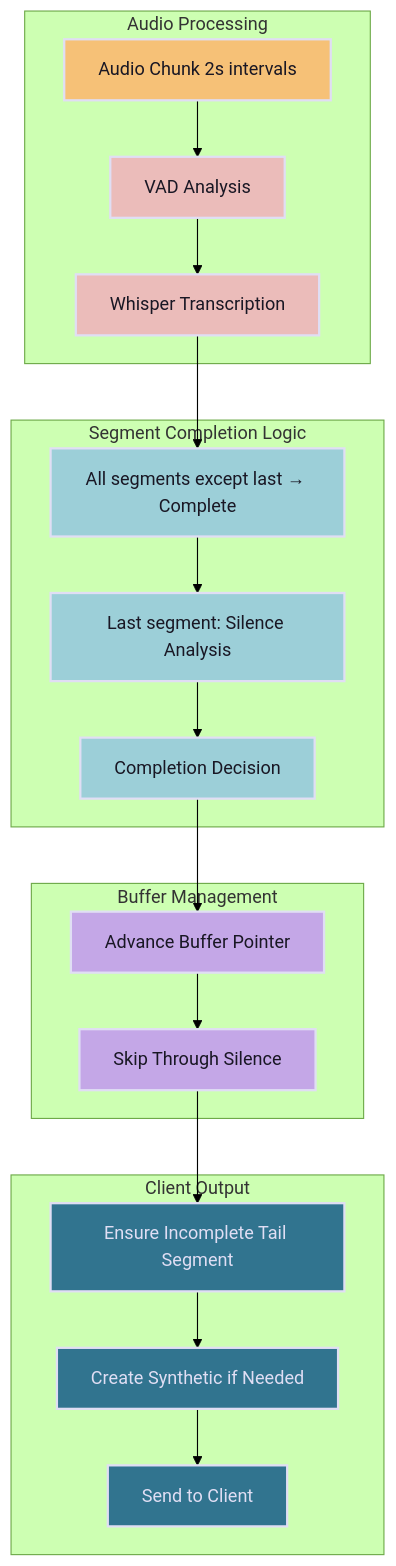
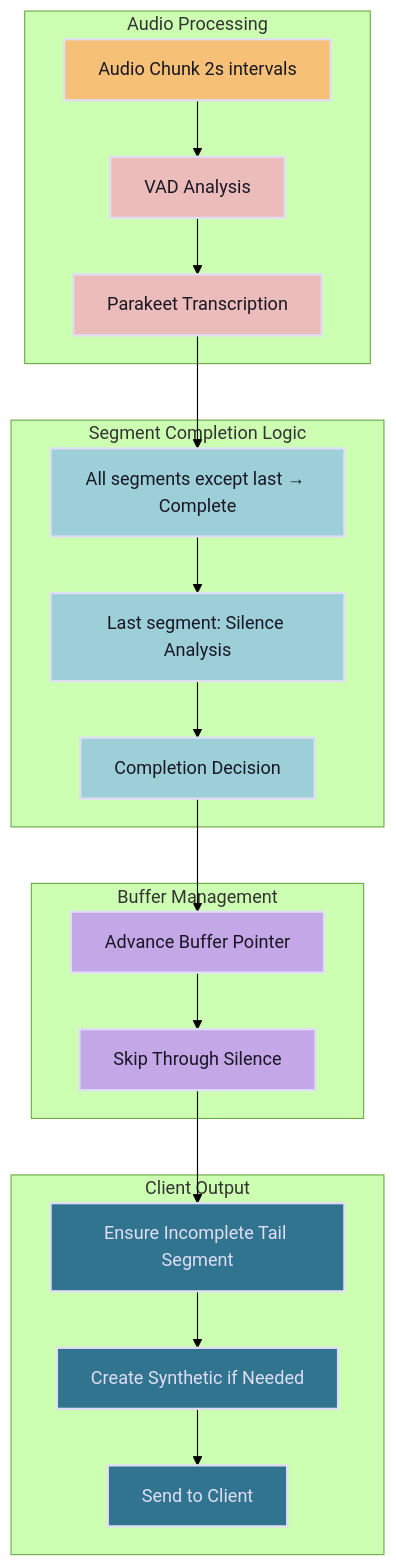
Before and after one commit to shyndman/lmnop-eavesdrop: the seventh of 7 diagrams in ARCHITECTURE.md, drawn with Mermaid (forest theme). The commit also changed other lines of this file and 33 other files, not shown here.

````diff
--- a/ARCHITECTURE.md
+++ b/ARCHITECTURE.md
@@ -316,49 +326,49 @@
 ```mermaid
 graph TD
     subgraph "Audio Processing"
         AudioChunk[Audio Chunk 2s intervals]
         VADAnalysis[VAD Analysis]
-        WhisperTranscribe[Whisper Transcription]
+        ParakeetTranscribe[Parakeet Transcription]
     end
     
     subgraph "Segment Completion Logic"  
         ExplicitRule[All segments except last → Complete]
         SilenceAnalysis[Last segment: Silence Analysis]
         CompletionDecision[Completion Decision]
     end
     
     subgraph "Buffer Management"
         BufferAdvancement[Advance Buffer Pointer]
         SilenceSkipping[Skip Through Silence]
     end
     
     subgraph "Client Output"
         InvariantCheck[Ensure Incomplete Tail Segment]
         SyntheticSegment[Create Synthetic if Needed]
         SendToClient[Send to Client]
     end
     
     AudioChunk --> VADAnalysis
-    VADAnalysis --> WhisperTranscribe
-    WhisperTranscribe --> ExplicitRule
+    VADAnalysis --> ParakeetTranscribe
+    ParakeetTranscribe --> ExplicitRule
     ExplicitRule --> SilenceAnalysis
     SilenceAnalysis --> CompletionDecision
     CompletionDecision --> BufferAdvancement
     BufferAdvancement --> SilenceSkipping
     SilenceSkipping --> InvariantCheck
     InvariantCheck --> SyntheticSegment
     SyntheticSegment --> SendToClient
     
     %% Rose Pine color scheme
     style AudioChunk fill:#f6c177,stroke:#e0def4,stroke-width:2px,color:#191724
     style VADAnalysis fill:#ebbcba,stroke:#e0def4,stroke-width:2px,color:#191724
-    style WhisperTranscribe fill:#ebbcba,stroke:#e0def4,stroke-width:2px,color:#191724
+    style ParakeetTranscribe fill:#ebbcba,stroke:#e0def4,stroke-width:2px,color:#191724
     style ExplicitRule fill:#9ccfd8,stroke:#e0def4,stroke-width:2px,color:#191724
     style SilenceAnalysis fill:#9ccfd8,stroke:#e0def4,stroke-width:2px,color:#191724
     style CompletionDecision fill:#9ccfd8,stroke:#e0def4,stroke-width:2px,color:#191724
     style BufferAdvancement fill:#c4a7e7,stroke:#e0def4,stroke-width:2px,color:#191724
     style SilenceSkipping fill:#c4a7e7,stroke:#e0def4,stroke-width:2px,color:#191724
     style InvariantCheck fill:#31748f,stroke:#e0def4,stroke-width:2px,color:#e0def4
     style SyntheticSegment fill:#31748f,stroke:#e0def4,stroke-width:2px,color:#e0def4
     style SendToClient fill:#31748f,stroke:#e0def4,stroke-width:2px,color:#e0def4
 ```
````
